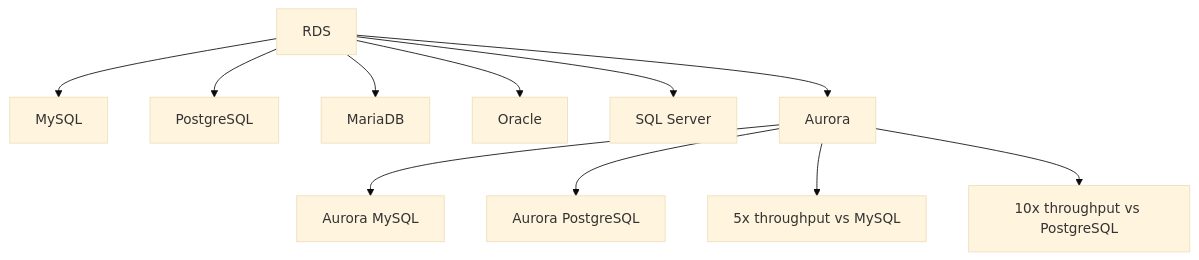
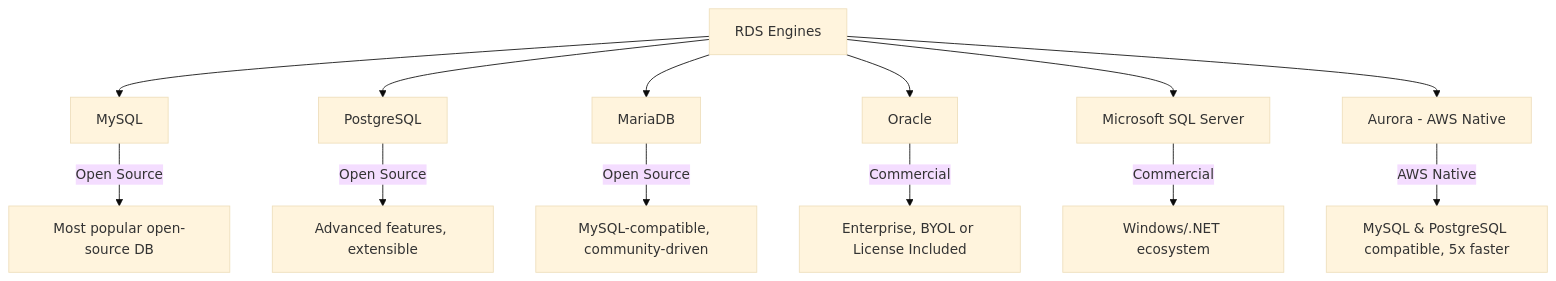
One commit to vanos001/placement_prep changed the first of 9 diagrams in src/cloud/aws/rds.md. Above: the diagram before and after it, drawn with Mermaid (base theme). The commit also changed other lines of this file and 18 other files, not shown here.

````diff
--- a/src/cloud/aws/rds.md
+++ b/src/cloud/aws/rds.md
@@ -9,14 +9,16 @@
 ```mermaid
-graph TD
-    RDS[RDS] --> MYSQL[MySQL]
+graph TB
+    RDS[RDS Engines] --> MYSQL[MySQL]
     RDS --> PG[PostgreSQL]
-    RDS --> MARIADB[MariaDB]
+    RDS --> MARIA[MariaDB]
     RDS --> ORACLE[Oracle]
-    RDS --> SQLSERVER[SQL Server]
-    RDS --> AURORA[Aurora]
+    RDS --> SQLSERVER[Microsoft SQL Server]
+    RDS --> AURORA[Aurora - AWS Native]
 
-    AURORA --> MYSQL_COMPAT[Aurora MySQL]
-    AURORA --> PG_COMPAT[Aurora PostgreSQL]
-    AURORA --> A1[5x throughput vs MySQL]
-    AURORA --> A2[10x throughput vs PostgreSQL]
+    MYSQL --> |Open Source| MYSQL_D[Most popular open-source DB]
+    PG --> |Open Source| PG_D[Advanced features, extensible]
+    MARIA --> |Open Source| MARIA_D[MySQL-compatible, community-driven]
+    ORACLE --> |Commercial| ORACLE_D[Enterprise, BYOL or License Included]
+    SQLSERVER --> |Commercial| SQLSERVER_D[Windows/.NET ecosystem]
+    AURORA --> |AWS Native| AURORA_D[MySQL & PostgreSQL compatible, 5x faster]
 ```
````
